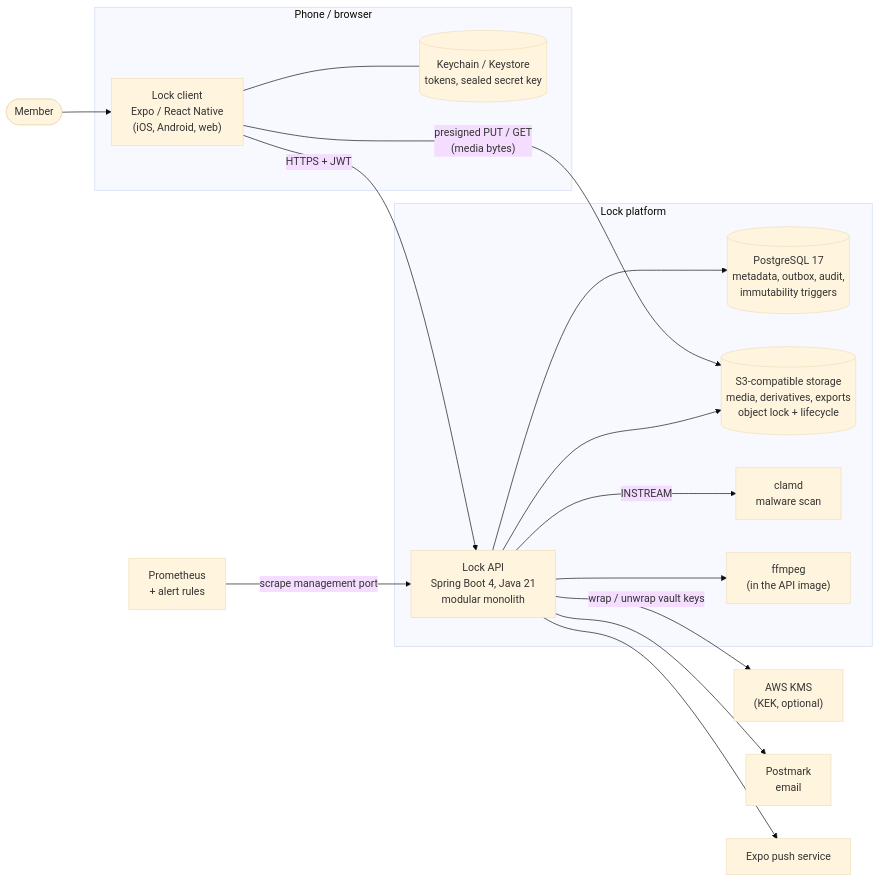
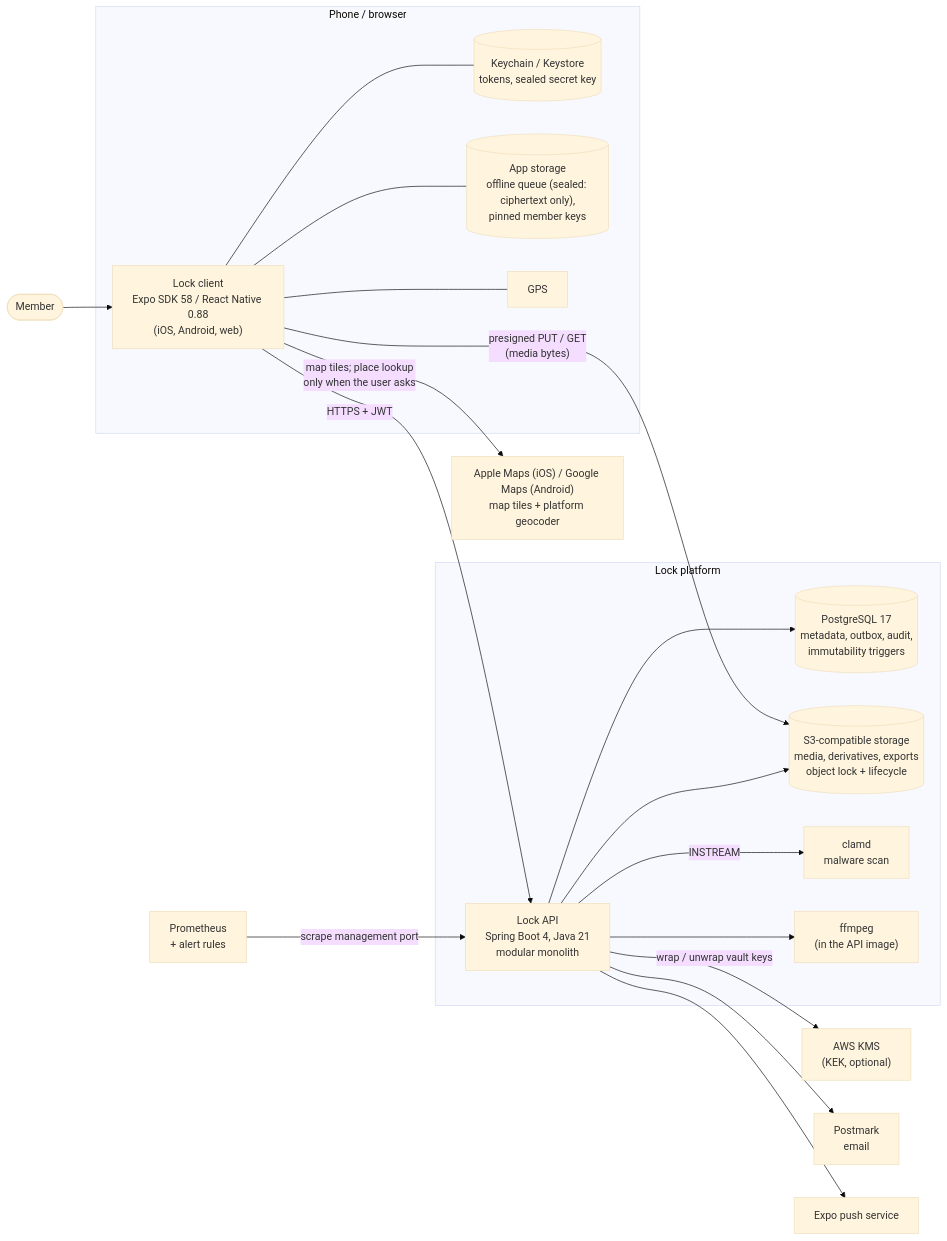
One commit to vinaynesta/Lock---Seize changed the first of 13 diagrams in docs/architecture.md. Above: the diagram before and after it, drawn with Mermaid (base theme). The commit also changed other lines of this file and 107 other files, not shown here.

````diff
--- a/docs/architecture.md
+++ b/docs/architecture.md
@@ -16,32 +19,38 @@
 ```mermaid
 flowchart LR
     user([Member])
     subgraph device[Phone / browser]
-        app["Lock client<br/>Expo / React Native<br/>(iOS, Android, web)"]
+        app["Lock client<br/>Expo SDK 58 / React Native 0.88<br/>(iOS, Android, web)"]
         keychain[("Keychain / Keystore<br/>tokens, sealed secret key")]
+        local[("App storage<br/>offline queue (sealed: ciphertext only),<br/>pinned member keys")]
+        gps["GPS"]
         app --- keychain
+        app --- local
+        app --- gps
     end
     subgraph platform[Lock platform]
         api["Lock API<br/>Spring Boot 4, Java 21<br/>modular monolith"]
         pg[("PostgreSQL 17<br/>metadata, outbox, audit,<br/>immutability triggers")]
         s3[("S3-compatible storage<br/>media, derivatives, exports<br/>object lock + lifecycle")]
         clamd["clamd<br/>malware scan"]
         ffmpeg["ffmpeg<br/>(in the API image)"]
     end
     kms["AWS KMS<br/>(KEK, optional)"]
     postmark["Postmark<br/>email"]
     expo["Expo push service"]
     prom["Prometheus<br/>+ alert rules"]
+    maps["Apple Maps (iOS) / Google Maps (Android)<br/>map tiles + platform geocoder"]
 
     user --> app
     app -- "HTTPS + JWT" --> api
     app -- "presigned PUT / GET<br/>(media bytes)" --> s3
     api --> pg
     api --> s3
     api -- INSTREAM --> clamd
     api --> ffmpeg
     api -- "wrap / unwrap vault keys" --> kms
     api --> postmark
     api --> expo
     prom -- "scrape management port" --> api
+    app -- "map tiles; place lookup<br/>only when the user asks" --> maps
 ```
````
